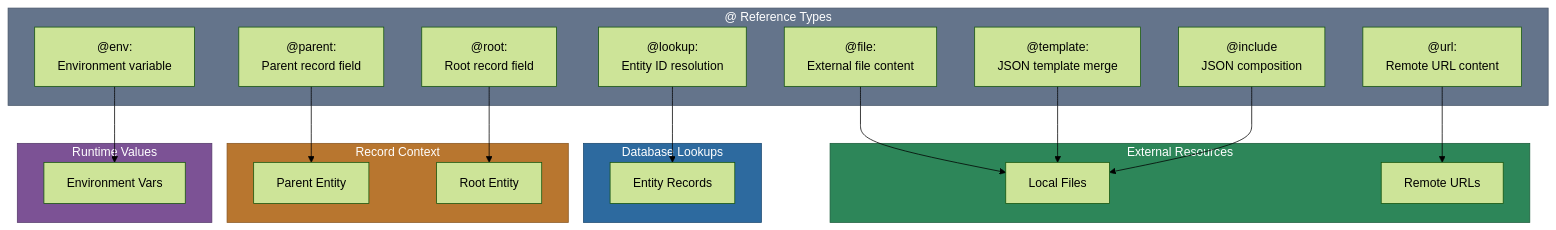
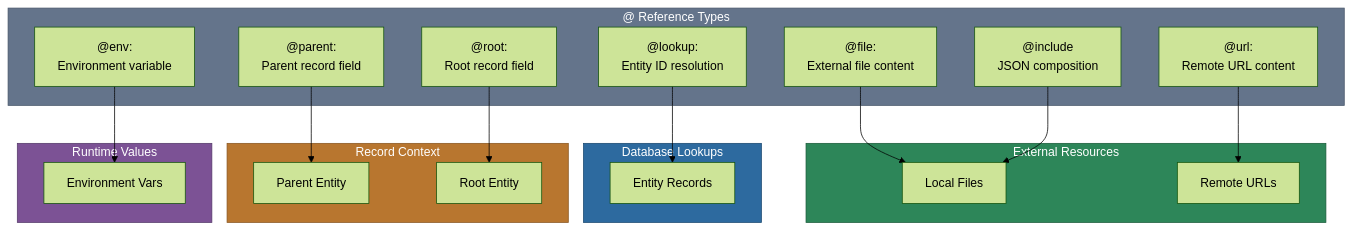
The fourth of 8 diagrams in packages/MetadataSync/README.md (MemberJunction/MJ), drawn with Mermaid (forest theme) before and after one commit. The commit also changed other lines of this file and 89 other files, not shown here.

````diff
--- a/packages/MetadataSync/README.md
+++ b/packages/MetadataSync/README.md
@@ -471,46 +471,44 @@
 ```mermaid
 flowchart TD
     subgraph References["@ Reference Types"]
         FILE["@file:\nExternal file content"]
         URL["@url:\nRemote URL content"]
         LOOKUP["@lookup:\nEntity ID resolution"]
         PARENT["@parent:\nParent record field"]
         ROOT["@root:\nRoot record field"]
         ENV["@env:\nEnvironment variable"]
-        TEMPLATE["@template:\nJSON template merge"]
         INCLUDE["@include\nJSON composition"]
     end
 
     subgraph External["External Resources"]
         style External fill:#2d8659,stroke:#1a5c3a,color:#fff
         EF["Local Files"]
         UR["Remote URLs"]
     end
 
     subgraph Database["Database Lookups"]
         style Database fill:#2d6a9f,stroke:#1a4971,color:#fff
         EL["Entity Records"]
     end
 
     subgraph Context["Record Context"]
         style Context fill:#b8762f,stroke:#8a5722,color:#fff
         PR["Parent Entity"]
         RR["Root Entity"]
     end
 
     subgraph Runtime["Runtime Values"]
         style Runtime fill:#7c5295,stroke:#563a6b,color:#fff
         EV["Environment Vars"]
     end
 
     FILE --> EF
     URL --> UR
     LOOKUP --> EL
     PARENT --> PR
     ROOT --> RR
     ENV --> EV
-    TEMPLATE --> EF
     INCLUDE --> EF
 
     style References fill:#64748b,stroke:#475569,color:#fff
 ```
````
